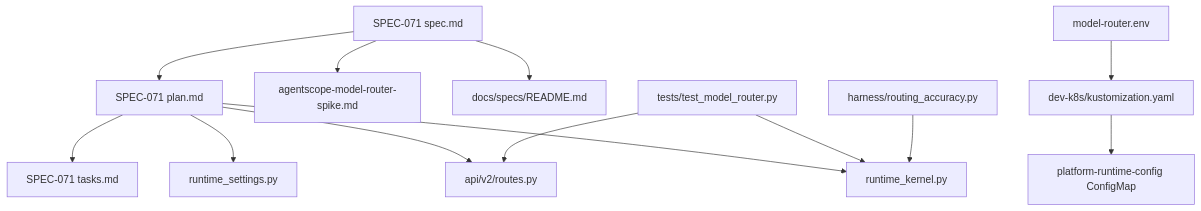
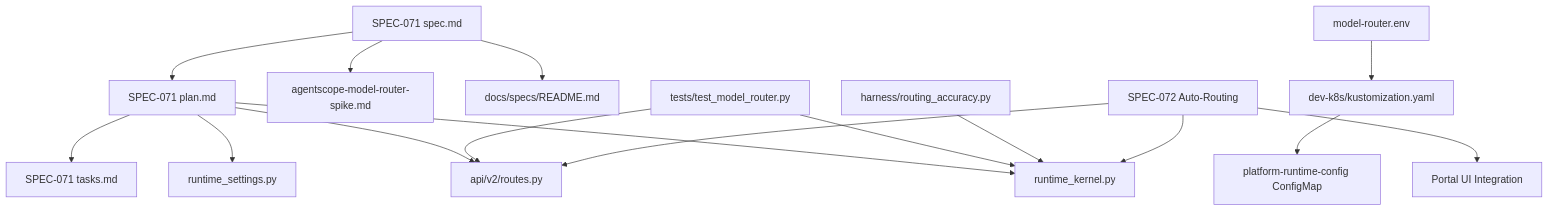
The first of 7 diagrams in .qoder/repowiki/en/content/Shared Contracts/SPEC-071_ AgentScope Model Router Per-Turn Routing.md (metasync/luban-aiops), drawn with Mermaid before and after one commit. The commit also changed other lines of this file and 6 other files, not shown here.

````diff
--- a/.qoder/repowiki/en/content/Shared Contracts/SPEC-071_ AgentScope Model Router Per-Turn Routing.md
+++ b/.qoder/repowiki/en/content/Shared Contracts/SPEC-071_ AgentScope Model Router Per-Turn Routing.md
@@ -78,15 +81,18 @@
 ```mermaid
 graph TB
 Spec["SPEC-071 spec.md"] --> Plan["SPEC-071 plan.md"]
 Plan --> Tasks["SPEC-071 tasks.md"]
 Spec --> Spike["agentscope-model-router-spike.md"]
 Plan --> Settings["runtime_settings.py"]
 Plan --> Routes["api/v2/routes.py"]
 Plan --> Kernel["runtime_kernel.py"]
 Spec --> Index["docs/specs/README.md"]
 Tests["tests/test_model_router.py"] --> Routes
 Tests --> Kernel
 Harness["harness/routing_accuracy.py"] --> Kernel
 Profile["model-router.env"] --> Kustomize["dev-k8s/kustomization.yaml"]
 Kustomize --> RuntimeProfile["platform-runtime-config ConfigMap"]
+Spec072["SPEC-072 Auto-Routing"] --> Routes
+Spec072 --> Kernel
+Spec072 --> Portal["Portal UI Integration"]
 ```
````
